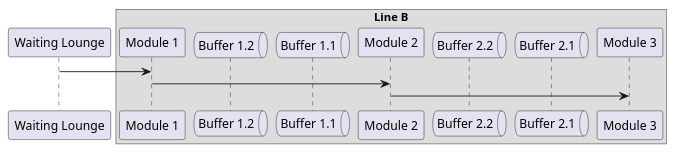
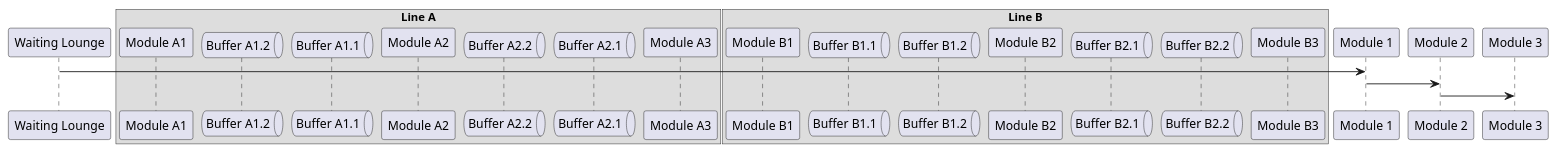
One commit to majimaken/hackathon_unit8 changed the diagram in diagram.puml. Above: the diagram before and after it, drawn with PlantUML. The commit also changed 3 other files, not shown here.

```diff
--- a/diagram.puml
+++ b/diagram.puml
@@ -1,28 +1,28 @@
 @startuml
 participant "Waiting Lounge" 
 
 box "Line A"
-participant "Module 1"
-queue "Buffer 1.2"
-queue "Buffer 1.1"
-participant "Module 2"
-queue "Buffer 2.2"
-queue "Buffer 2.1"
-participant "Module 3"
+participant "Module A1"
+queue "Buffer A1.2"
+queue "Buffer A1.1"
+participant "Module A2"
+queue "Buffer A2.2"
+queue "Buffer A2.1"
+participant "Module A3"
 end box
 
 box "Line B"
-participant "Module 1"
-queue "Buffer 1.2"
-queue "Buffer 1.1"
-participant "Module 2"
-queue "Buffer 2.2"
-queue "Buffer 2.1"
-participant "Module 3"
+participant "Module B1"
+queue "Buffer B1.1"
+queue "Buffer B1.2"
+participant "Module B2"
+queue "Buffer B2.1"
+queue "Buffer B2.2"
+participant "Module B3"
 end box
 
 "Waiting Lounge" -> "Module 1"
 "Module 1" -> "Module 2"
 "Module 2" -> "Module 3"
 
 @enduml
```
